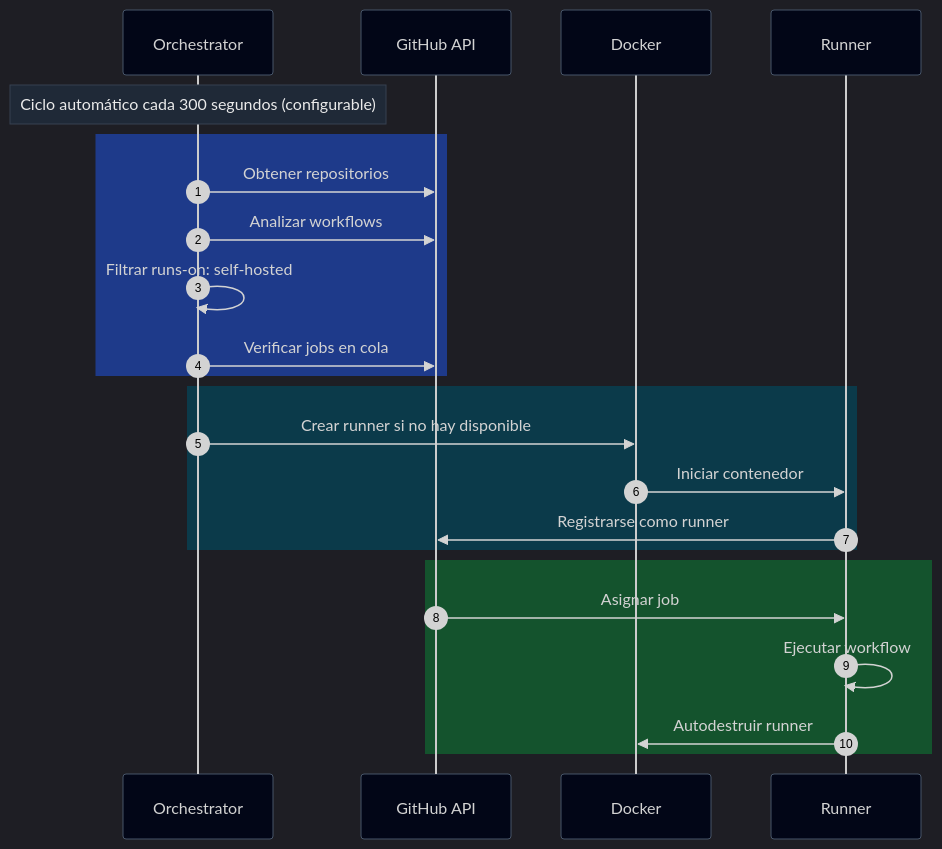
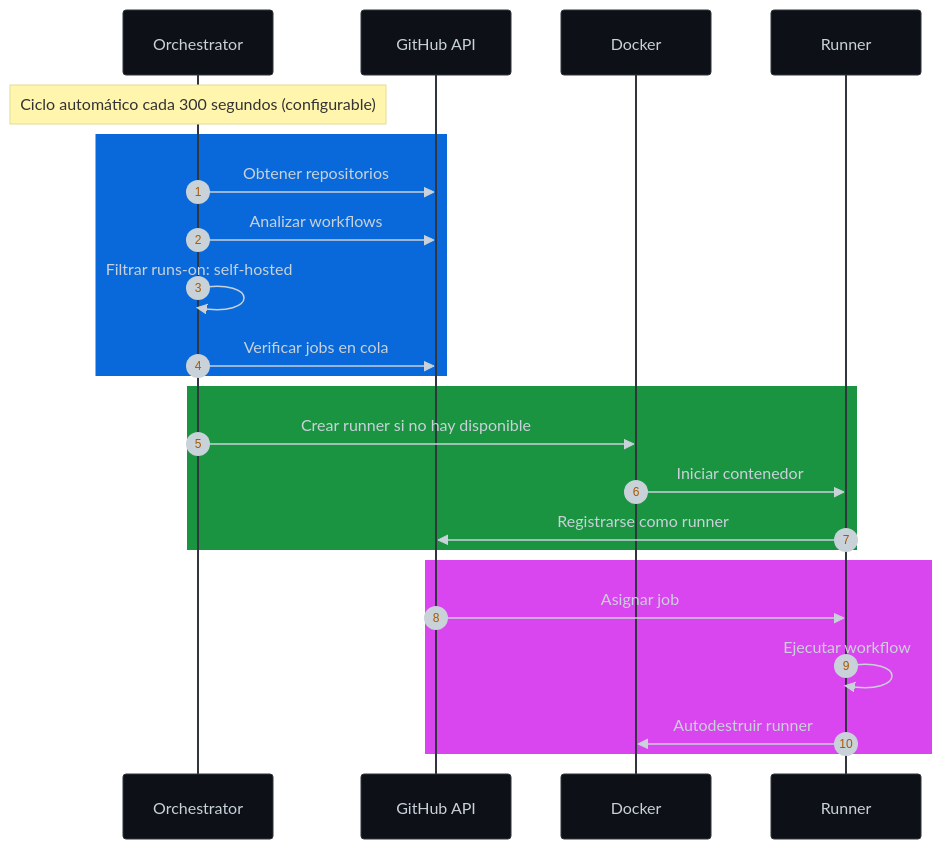
One commit to eliaspizarro/gha-ephemeral-runners changed the third of 3 diagrams in README.es.md. Above: the diagram before and after it, drawn with Mermaid. The commit also changed other lines of this file and 1 other file, not shown here.

````diff
--- a/README.es.md
+++ b/README.es.md
@@ -408,45 +443,62 @@
 ```mermaid
 %%{init: {
-  "theme": "dark",
-  "themeVariables": {
-    "fontFamily": "Inter, Segoe UI, Arial",
-    "fontSize": "14px",
-    "primaryTextColor": "#EAEAEA",
-    "lineColor": "#9CA3AF",
-    "noteTextColor": "#EAEAEA",
-    "noteBkgColor": "#1F2937",
-    "noteBorderColor": "#374151",
-    "actorBkg": "#020617",
-    "actorBorder": "#475569"
+  'theme': 'base',
+  'themeVariables': {
+    'primaryColor': '#0d1117',
+    'primaryTextColor': '#c9d1d9',
+    'primaryBorderColor': '#30363d',
+    'lineColor': '#58a6ff',
+    'sectionBkgColor': '#0d1117',
+    'altSectionBkgColor': '#0d1117',
+    'gridColor': '#0d1117',
+    'secondaryColor': '#238636',
+    'tertiaryColor': '#0d1117',
+    'edgeLabelBackground': '#21262d',
+    'edgeLabelBorderColor': '#58a6ff',
+    'edgeLabelTextColor': '#c9d1d9',
+    'sequence': {
+      'actorBkg': '#21262d',
+      'actorBorder': '#58a6ff',
+      'actorTextColor': '#c9d1d9',
+      'actorLineHeight': '2px',
+      'signalColor': '#58a6ff',
+      'signalTextColor': '#c9d1d9',
+      'activationBkgColor': '#238636',
+      'activationBorderColor': '#1a7f37',
+      'noteBkgColor': '#0d1117',
+      'noteBorderColor': '#f85149',
+      'noteTextColor': '#c9d1d9',
+      'messageAlignment': 'center'
+    }
   }
 }}%%
 
 sequenceDiagram
     autonumber
 
     participant ORQ as Orchestrator
     participant GH as GitHub API
     participant DOCKER as Docker
     participant RUN as Runner
 
     Note over ORQ: Ciclo automático cada 300 segundos (configurable)
 
-    rect rgb(30,58,138)
+    rect rgb(9,105,218)
         ORQ->>GH: Obtener repositorios
         ORQ->>GH: Analizar workflows
         ORQ->>ORQ: Filtrar runs-on: self-hosted
         ORQ->>GH: Verificar jobs en cola
     end
 
-    rect rgb(11,58,74)
+    rect rgb(26,148,65)
         ORQ->>DOCKER: Crear runner si no hay disponible
         DOCKER->>RUN: Iniciar contenedor
         RUN->>GH: Registrarse como runner
     end
 
-    rect rgb(20,83,45)
+    rect rgb(217,70,239)
         GH->>RUN: Asignar job
         RUN->>RUN: Ejecutar workflow
         RUN->>DOCKER: Autodestruir runner
     end
 ```
````
